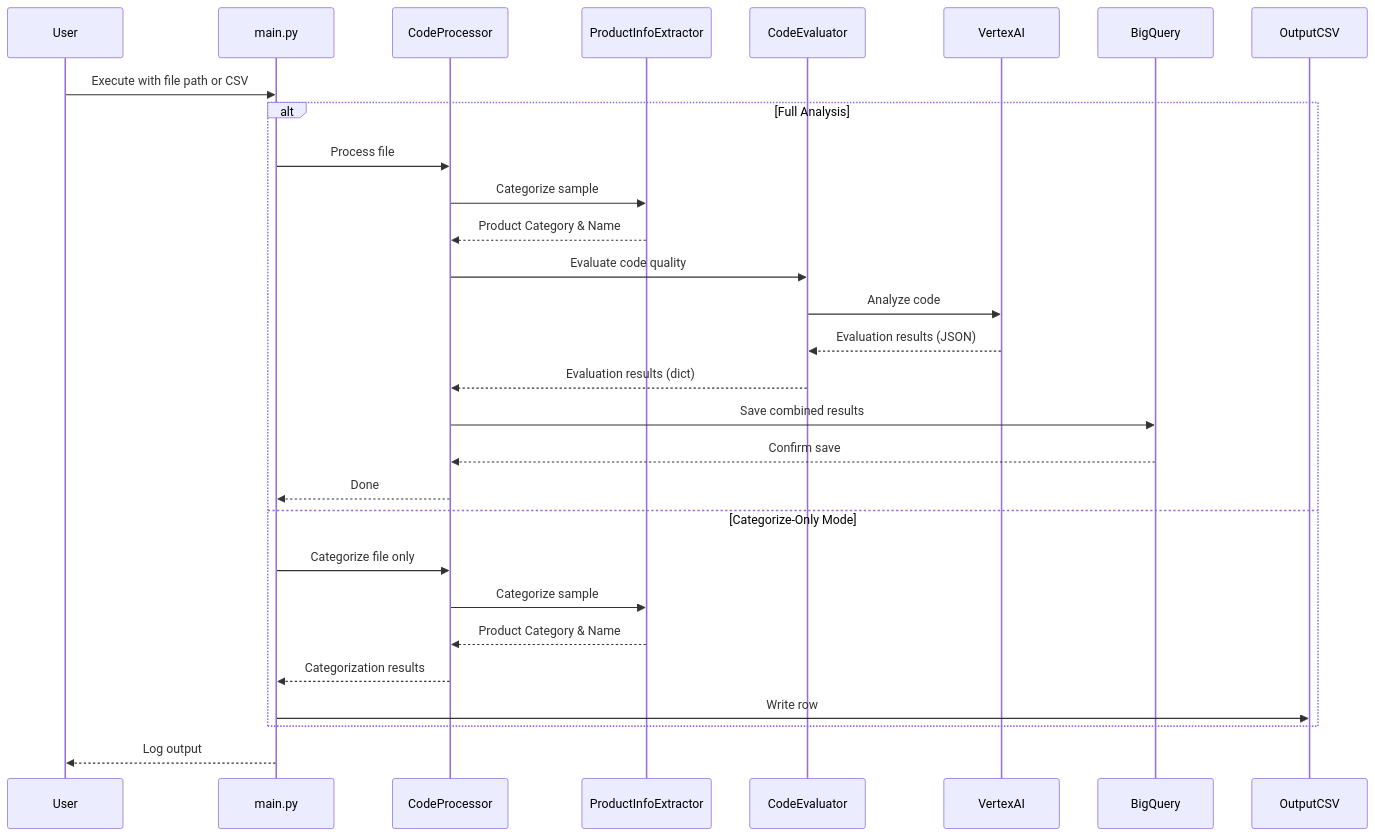
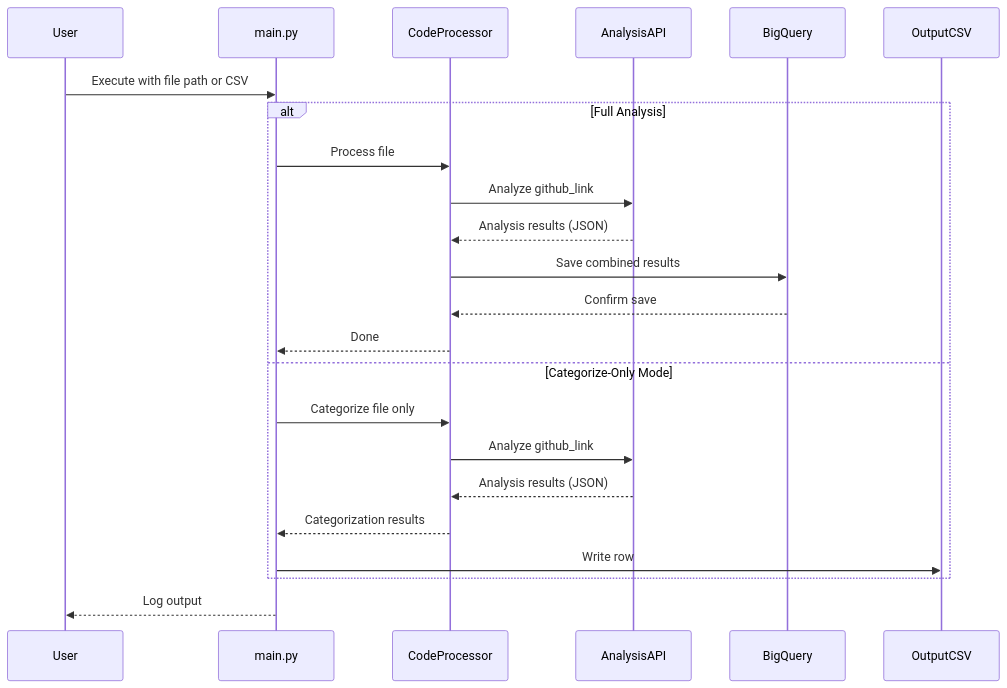
The second of 2 diagrams in docs/TECHNICAL_DESIGN.md (joeshirey/JSRepoAnalysis), drawn with Mermaid before and after one commit. The commit also changed other lines of this file and 8 other files, not shown here.

First line of the commit message:
refactor(api): Integrate external API for code analysis

````diff
--- a/docs/TECHNICAL_DESIGN.md
+++ b/docs/TECHNICAL_DESIGN.md
@@ -94,34 +76,28 @@
 ```mermaid
 sequenceDiagram
     participant User
     participant main.py
     participant CodeProcessor
-    participant ProductInfoExtractor
-    participant CodeEvaluator
-    participant VertexAI
+    participant AnalysisAPI
     participant BigQuery
     participant OutputCSV
 
     User->>main.py: Execute with file path or CSV
     
     alt Full Analysis
         main.py->>CodeProcessor: Process file
-        CodeProcessor->>ProductInfoExtractor: Categorize sample
-        ProductInfoExtractor-->>CodeProcessor: Product Category & Name
-        CodeProcessor->>CodeEvaluator: Evaluate code quality
-        CodeEvaluator->>VertexAI: Analyze code
-        VertexAI-->>CodeEvaluator: Evaluation results (JSON)
-        CodeEvaluator-->>CodeProcessor: Evaluation results (dict)
+        CodeProcessor->>AnalysisAPI: Analyze github_link
+        AnalysisAPI-->>CodeProcessor: Analysis results (JSON)
         CodeProcessor->>BigQuery: Save combined results
         BigQuery-->>CodeProcessor: Confirm save
         CodeProcessor-->>main.py: Done
     else Categorize-Only Mode
         main.py->>CodeProcessor: Categorize file only
-        CodeProcessor->>ProductInfoExtractor: Categorize sample
-        ProductInfoExtractor-->>CodeProcessor: Product Category & Name
+        CodeProcessor->>AnalysisAPI: Analyze github_link
+        AnalysisAPI-->>CodeProcessor: Analysis results (JSON)
         CodeProcessor-->>main.py: Categorization results
         main.py->>OutputCSV: Write row
     end
 
     main.py-->>User: Log output
 ```
````
